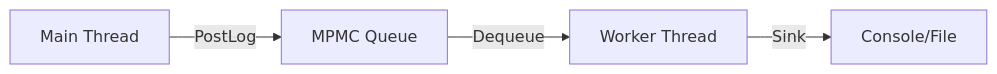
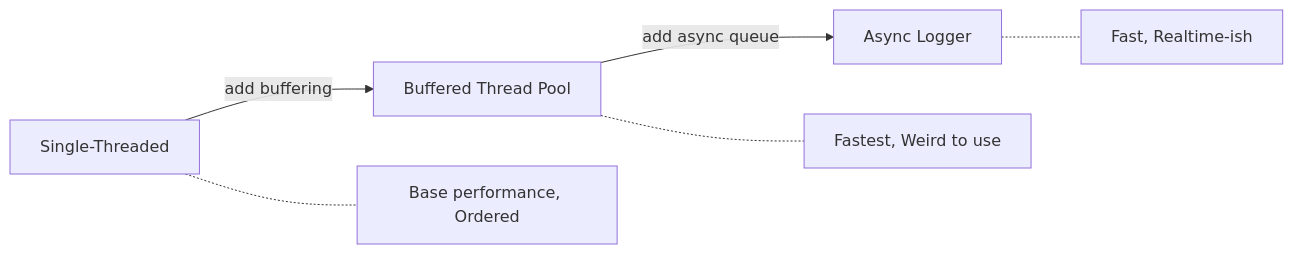
One commit to Tycro-Games/tycro-games.github.io changed the sixth of 6 diagrams in _posts/2026-01-14-Learning-Multithreading-With-A-Logger.md. Above: the diagram before and after it, drawn with Mermaid. The commit also changed other lines of this file, not shown here.

````diff
--- a/_posts/2026-01-14-Learning-Multithreading-With-A-Logger.md
+++ b/_posts/2026-01-14-Learning-Multithreading-With-A-Logger.md
@@ -447,6 +697,9 @@
 ```mermaid
-   flowchart LR
-       A[Main Thread] -->|PostLog| B[MPMC Queue]
-       B -->|Dequeue| C[Worker Thread]
-       C -->|Sink| D[Console/File]
+flowchart LR
+    A[Single-Threaded] -->|add buffering| B[Buffered Thread Pool]
+    B -->|add async queue| C[Async Logger]
+    
+    A -.- A1[Base performance, Ordered]
+    B -.- B1[Fastest, Weird to use]
+    C -.- C1[Fast, Realtime-ish]
 ```
````
